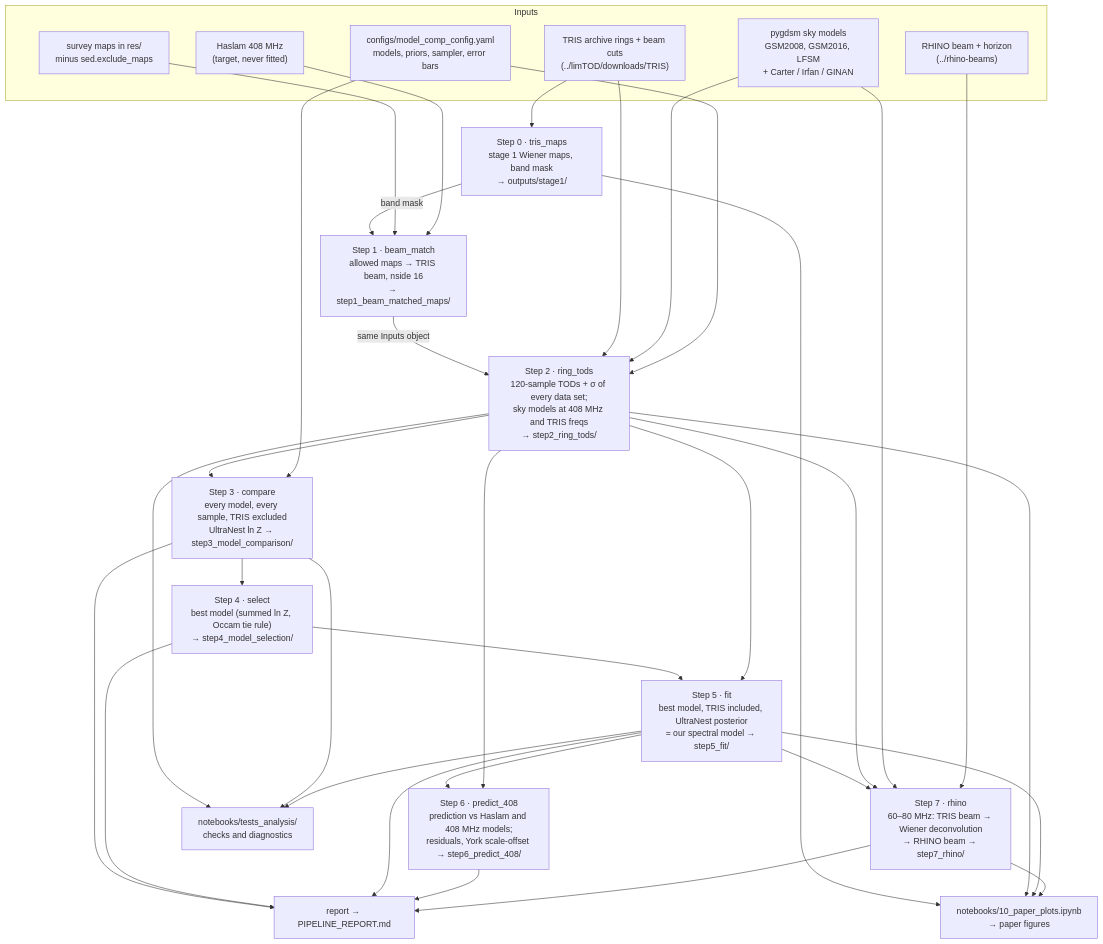
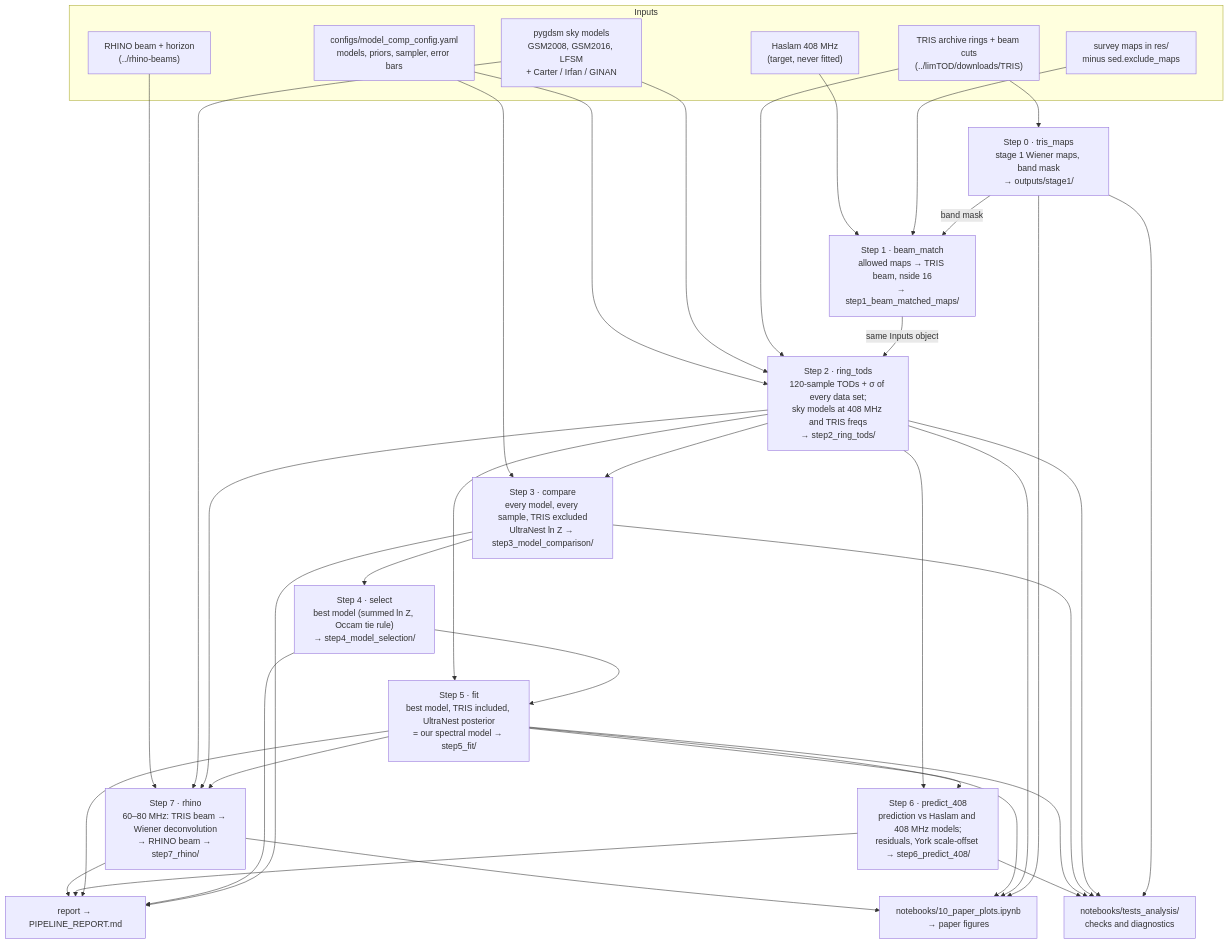
One commit to sohinixcvii/moonrunes changed the diagram in docs/PIPELINE.md. Above: the diagram before and after it, drawn with Mermaid. The commit also changed other lines of this file and 80 other files, not shown here.

````diff
--- a/docs/PIPELINE.md
+++ b/docs/PIPELINE.md
@@ -34,44 +34,44 @@
 ```mermaid
 flowchart TD
     subgraph inputs["Inputs"]
         RINGS["TRIS archive rings + beam cuts<br/>(../limTOD/downloads/TRIS)"]
         RES["survey maps in res/<br/>minus sed.exclude_maps"]
         HAS["Haslam 408 MHz<br/>(target, never fitted)"]
         PYG["pygdsm sky models<br/>GSM2008, GSM2016, LFSM<br/>+ Carter / Irfan / GINAN"]
         MC["configs/model_comp_config.yaml<br/>models, priors, sampler, error bars"]
         RB["RHINO beam + horizon<br/>(../rhino-beams)"]
     end
     S0["Step 0 · tris_maps<br/>stage 1 Wiener maps, band mask<br/>→ outputs/stage1/"]
     S1["Step 1 · beam_match<br/>allowed maps → TRIS beam, nside 16<br/>→ step1_beam_matched_maps/"]
     S2["Step 2 · ring_tods<br/>120-sample TODs + σ of every data set;<br/>sky models at 408 MHz and TRIS freqs<br/>→ step2_ring_tods/"]
     S3["Step 3 · compare<br/>every model, every sample, TRIS excluded<br/>UltraNest ln Z → step3_model_comparison/"]
     S4["Step 4 · select<br/>best model (summed ln Z, Occam tie rule)<br/>→ step4_model_selection/"]
     S5["Step 5 · fit<br/>best model, TRIS included, UltraNest posterior<br/>= our spectral model → step5_fit/"]
     S6["Step 6 · predict_408<br/>prediction vs Haslam and 408 MHz models;<br/>residuals, York scale-offset → step6_predict_408/"]
     S7["Step 7 · rhino<br/>60–80 MHz: TRIS beam → Wiener deconvolution<br/>→ RHINO beam → step7_rhino/"]
     REP["report → PIPELINE_REPORT.md"]
     PP["notebooks/10_paper_plots.ipynb<br/>→ paper figures"]
     TR["notebooks/tests_analysis/<br/>checks and diagnostics"]
     RINGS --> S0
     S0 -- band mask --> S1
     RES --> S1
     HAS --> S1
     S1 -- same Inputs object --> S2
     RINGS --> S2
     PYG --> S2
     MC --> S2
     S2 --> S3
     MC --> S3
     S3 --> S4
     S4 --> S5
     S2 --> S5
     S5 --> S6
     S2 --> S6
     S5 --> S7
     S2 --> S7
     PYG --> S7
     RB --> S7
     S3 & S4 & S5 & S6 & S7 --> REP
     S0 & S2 & S5 & S7 --> PP
-    S2 & S3 & S5 --> TR
+    S0 & S2 & S3 & S5 & S6 --> TR
 ```
````
